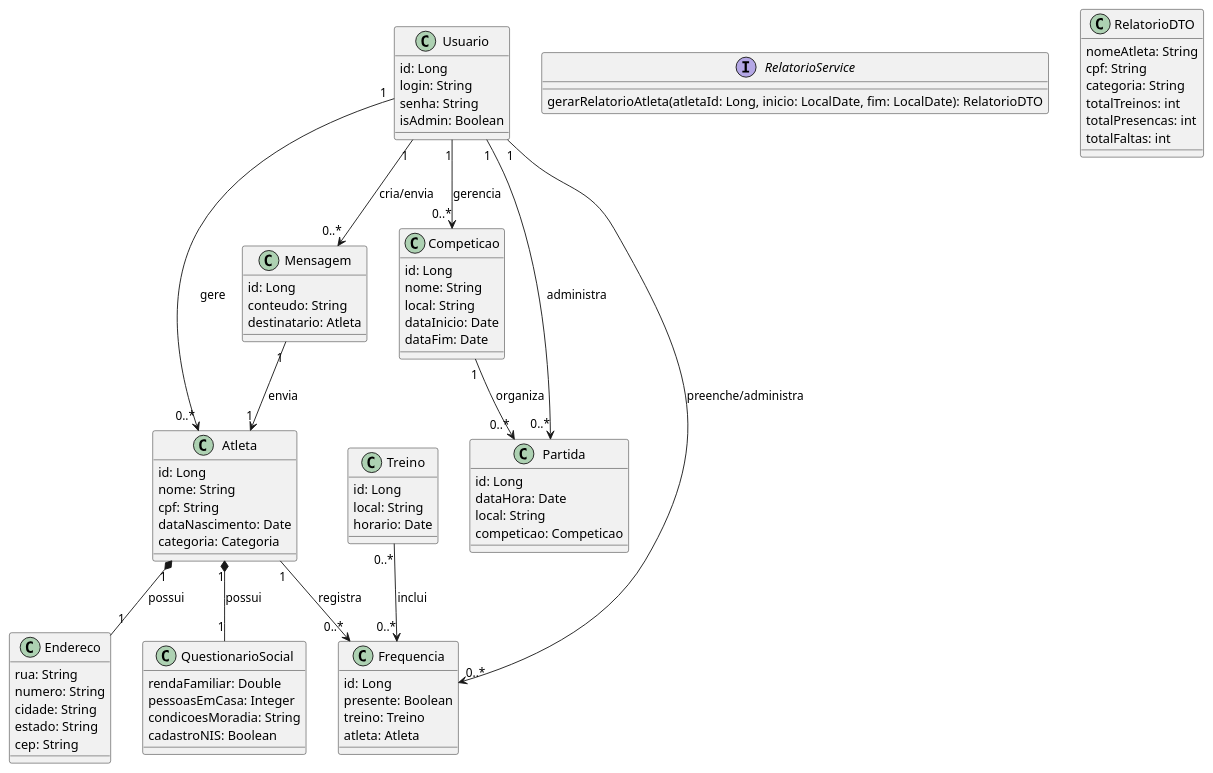
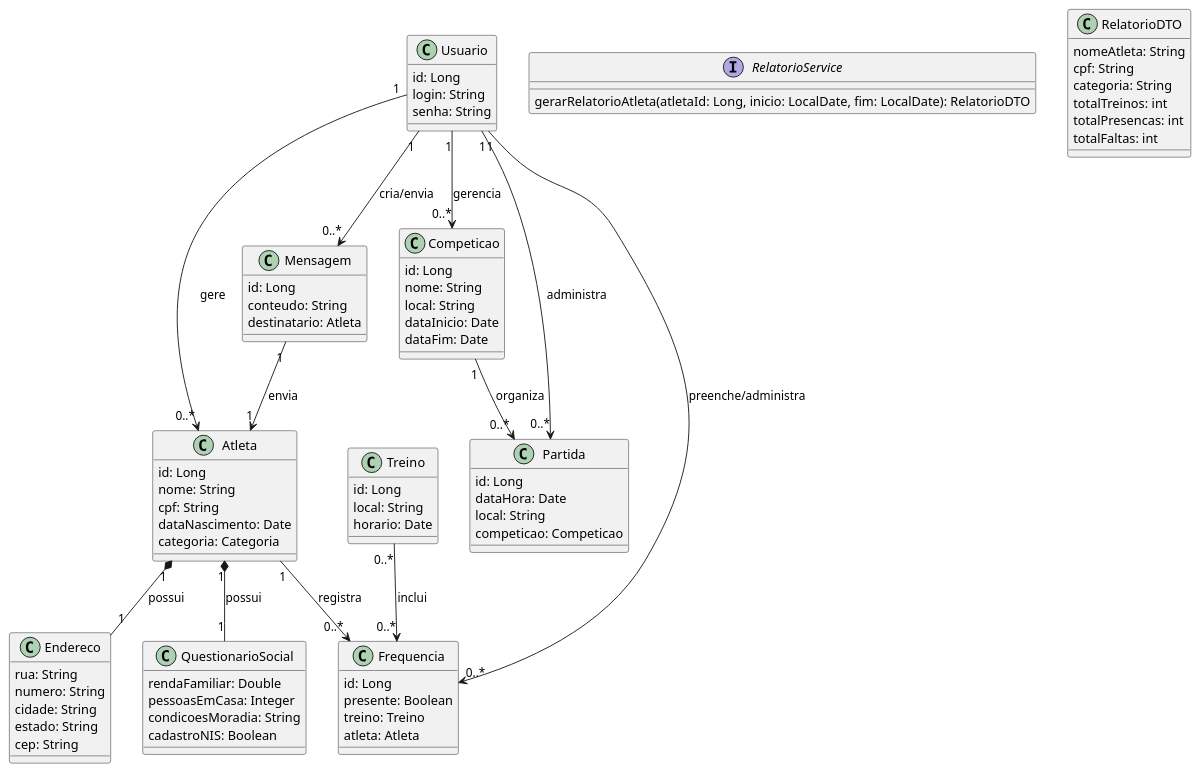
The diagram in handmaxx/src/main/resources/docs/diagrama.plantuml (danielmariae/handmaxx), drawn with PlantUML before and after one commit. The commit also changed 1 other file, not shown here.

Commit message:
atleta getters and setters + diagrama

```diff
--- a/handmaxx/src/main/resources/docs/diagrama.plantuml
+++ b/handmaxx/src/main/resources/docs/diagrama.plantuml
@@ -1,102 +1,101 @@
 @startuml SistemaDeGestaoAtletas
 
 ' Definição das classes principais
 
 class Usuario {
     id: Long
     login: String
     senha: String
-    isAdmin: Boolean
 }
 
 class Atleta {
     id: Long
     nome: String
     cpf: String
     dataNascimento: Date
     categoria: Categoria
 }
 
 class Endereco {
     rua: String
     numero: String
     cidade: String
     estado: String
     cep: String
 }
 
 class QuestionarioSocial {
     rendaFamiliar: Double
     pessoasEmCasa: Integer
     condicoesMoradia: String
     cadastroNIS: Boolean
 }
 
 class Treino {
     id: Long
     local: String
     horario: Date
 }
 
 class Frequencia {
     id: Long
     presente: Boolean
     treino: Treino
     atleta: Atleta
 }
 
 class Mensagem {
     id: Long
     conteudo: String
     destinatario: Atleta
 }
 
 class Competicao {
     id: Long
     nome: String
     local: String
     dataInicio: Date
     dataFim: Date
 }
 
 class Partida {
     id: Long
     dataHora: Date
     local: String
     competicao: Competicao
 }
 
 interface RelatorioService {
     gerarRelatorioAtleta(atletaId: Long, inicio: LocalDate, fim: LocalDate): RelatorioDTO
 }
 
 class RelatorioDTO {
     nomeAtleta: String
     cpf: String
     categoria: String
     totalTreinos: int
     totalPresencas: int
     totalFaltas: int
 }
 
 ' Relações principais
 
 Usuario "1" --> "0..*" Atleta : gere
 Atleta "1" *-- "1" Endereco : possui
 Atleta "1" *-- "1" QuestionarioSocial : possui
 
 Atleta "1" --> "0..*" Frequencia : registra
 Treino "0..*" --> "0..*" Frequencia : inclui
 
 Usuario "1" --> "0..*" Frequencia : preenche/administra
 
 Mensagem "1" --> "1" Atleta : envia
 Usuario "1" --> "0..*" Mensagem : cria/envia
 
 ' Relações secundárias (Expansão futura)
 
 Competicao "1" --> "0..*" Partida : organiza
 Usuario "1" --> "0..*" Competicao : gerencia
 Usuario "1" --> "0..*" Partida : administra
 
 @enduml
```
